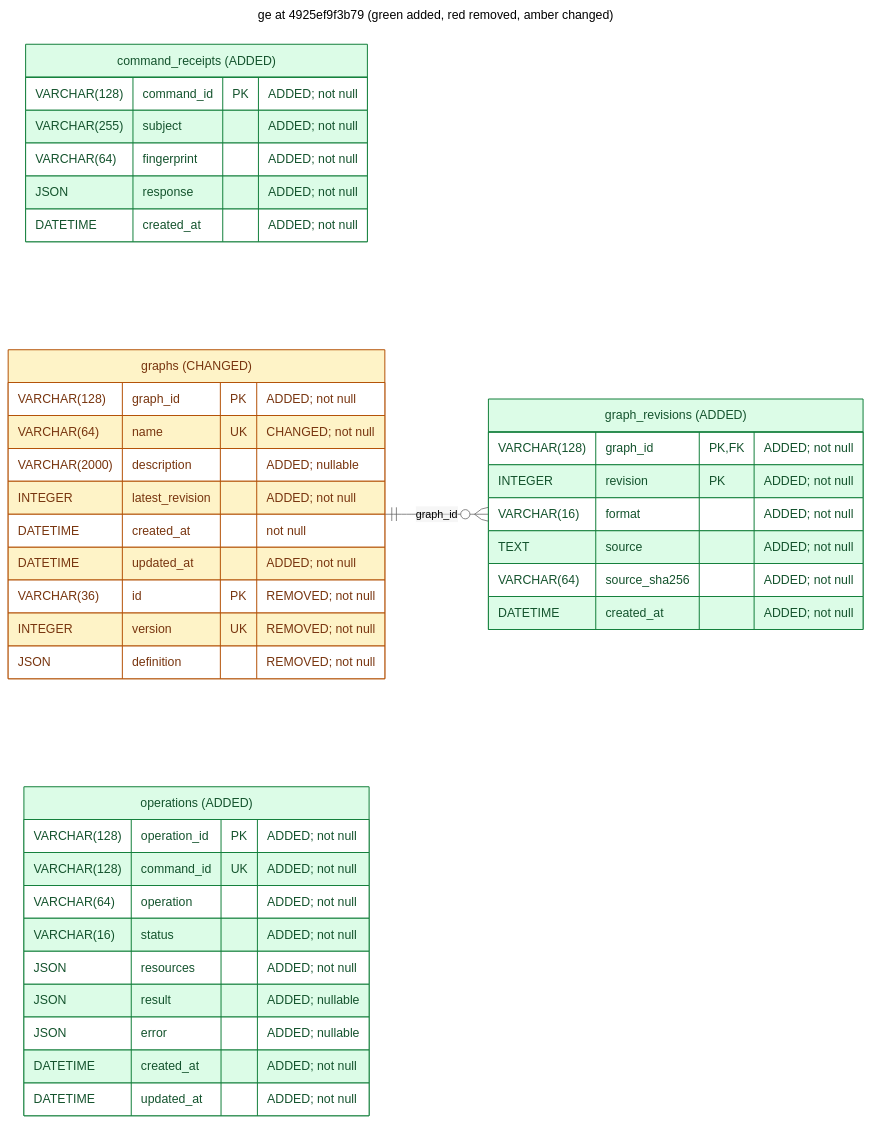
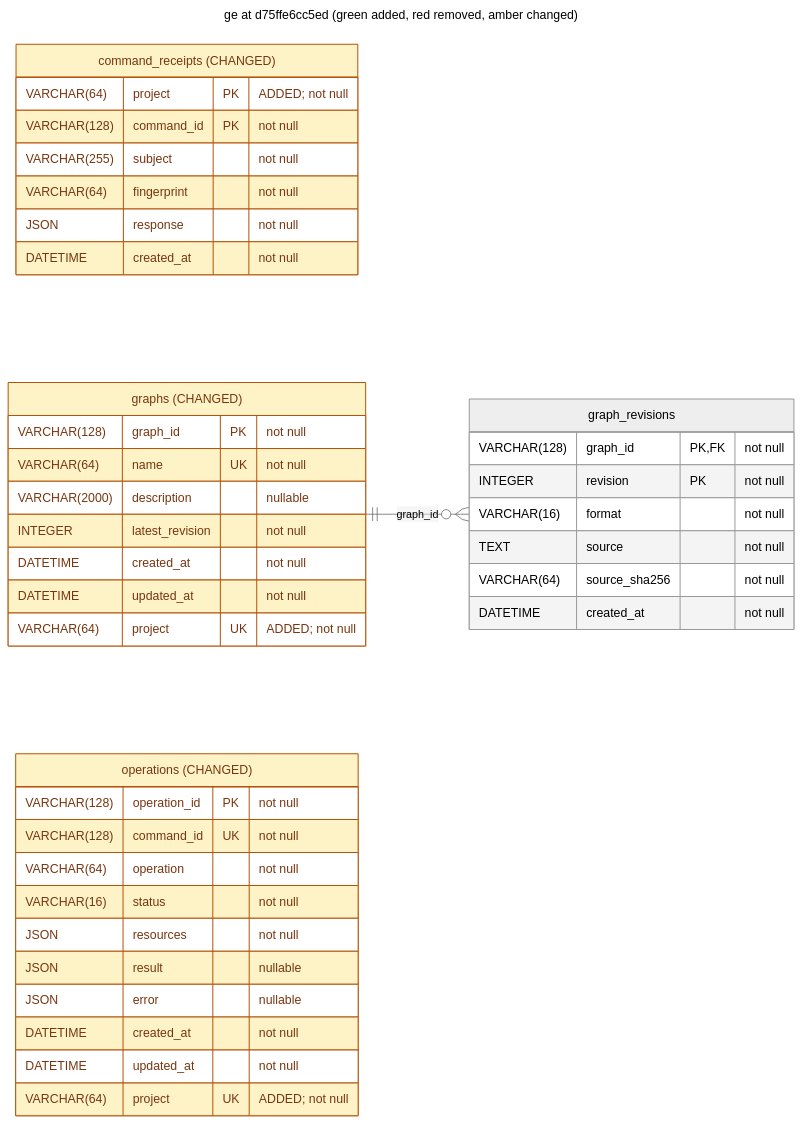
Before and after one commit to OpenEngine/OpenEngine: the diagram in v2/docs/schema/latest_ge.mermaid, drawn with Mermaid. The commit also changed 29 other files, not shown here.

First line of the commit message:
feat(v2-ge): scope graph names and registry queries to projects

```diff
--- a/v2/docs/schema/latest_ge.mermaid
+++ b/v2/docs/schema/latest_ge.mermaid
@@ -1,55 +1,54 @@
 ---
-title: ge at 4925ef9f3b79 (green added, red removed, amber changed)
+title: ge at d75ffe6cc5ed (green added, red removed, amber changed)
 config:
   theme: neutral
 ---
 erDiagram
     direction LR
     %% REMOVED tables/columns are tombstones, absent from this revision's schema.
     %% Column changes include type, nullability, default and key membership.
     %% Table changes also include indexes and constraints.
     classDef added fill:#dcfce7,stroke:#15803d,color:#14532d
     classDef removed fill:#fee2e2,stroke:#b91c1c,color:#7f1d1d
     classDef changed fill:#fef3c7,stroke:#b45309,color:#78350f
-    command_receipts["command_receipts (ADDED)"] {
-        VARCHAR(128) command_id PK "ADDED; not null"
-        VARCHAR(255) subject "ADDED; not null"
-        VARCHAR(64) fingerprint "ADDED; not null"
-        JSON response "ADDED; not null"
-        DATETIME created_at "ADDED; not null"
+    command_receipts["command_receipts (CHANGED)"] {
+        VARCHAR(64) project PK "ADDED; not null"
+        VARCHAR(128) command_id PK "not null"
+        VARCHAR(255) subject "not null"
+        VARCHAR(64) fingerprint "not null"
+        JSON response "not null"
+        DATETIME created_at "not null"
     }
-    class command_receipts added
-    graph_revisions["graph_revisions (ADDED)"] {
-        VARCHAR(128) graph_id PK,FK "ADDED; not null"
-        INTEGER revision PK "ADDED; not null"
-        VARCHAR(16) format "ADDED; not null"
-        TEXT source "ADDED; not null"
-        VARCHAR(64) source_sha256 "ADDED; not null"
-        DATETIME created_at "ADDED; not null"
+    class command_receipts changed
+    graph_revisions["graph_revisions"] {
+        VARCHAR(128) graph_id PK,FK "not null"
+        INTEGER revision PK "not null"
+        VARCHAR(16) format "not null"
+        TEXT source "not null"
+        VARCHAR(64) source_sha256 "not null"
+        DATETIME created_at "not null"
     }
-    class graph_revisions added
     graphs ||--o{ graph_revisions : "graph_id"
     graphs["graphs (CHANGED)"] {
-        VARCHAR(128) graph_id PK "ADDED; not null"
-        VARCHAR(64) name UK "CHANGED; not null"
-        VARCHAR(2000) description "ADDED; nullable"
-        INTEGER latest_revision "ADDED; not null"
+        VARCHAR(128) graph_id PK "not null"
+        VARCHAR(64) name UK "not null"
+        VARCHAR(2000) description "nullable"
+        INTEGER latest_revision "not null"
         DATETIME created_at "not null"
-        DATETIME updated_at "ADDED; not null"
-        VARCHAR(36) id PK "REMOVED; not null"
-        INTEGER version UK "REMOVED; not null"
-        JSON definition "REMOVED; not null"
+        DATETIME updated_at "not null"
+        VARCHAR(64) project UK "ADDED; not null"
     }
     class graphs changed
-    operations["operations (ADDED)"] {
-        VARCHAR(128) operation_id PK "ADDED; not null"
-        VARCHAR(128) command_id UK "ADDED; not null"
-        VARCHAR(64) operation "ADDED; not null"
-        VARCHAR(16) status "ADDED; not null"
-        JSON resources "ADDED; not null"
-        JSON result "ADDED; nullable"
-        JSON error "ADDED; nullable"
-        DATETIME created_at "ADDED; not null"
-        DATETIME updated_at "ADDED; not null"
+    operations["operations (CHANGED)"] {
+        VARCHAR(128) operation_id PK "not null"
+        VARCHAR(128) command_id UK "not null"
+        VARCHAR(64) operation "not null"
+        VARCHAR(16) status "not null"
+        JSON resources "not null"
+        JSON result "nullable"
+        JSON error "nullable"
+        DATETIME created_at "not null"
+        DATETIME updated_at "not null"
+        VARCHAR(64) project UK "ADDED; not null"
     }
-    class operations added
+    class operations changed
```
